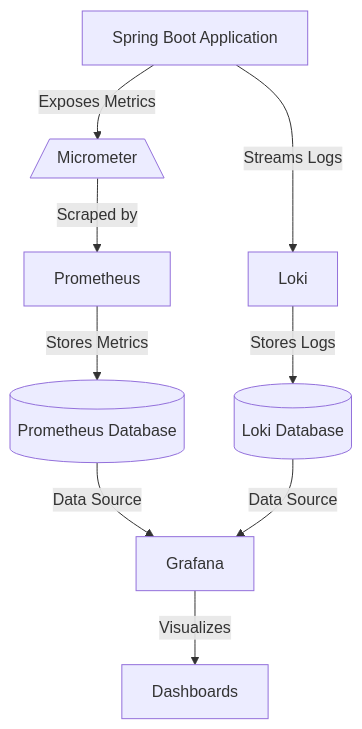
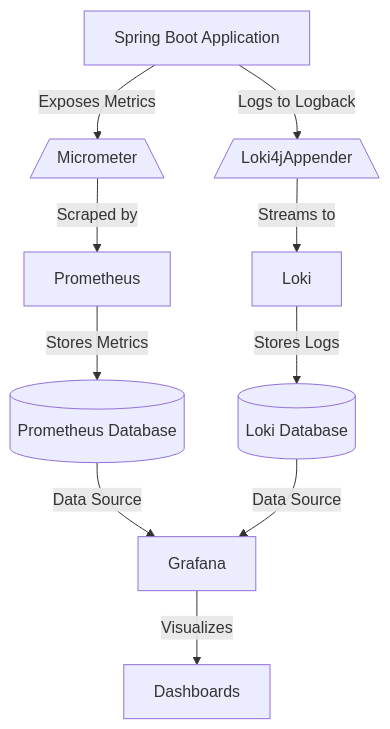
Before and after one commit to JamesMcMahon/spring-boot-demo-observability: the diagram in README.md, drawn with Mermaid.

Commit message:
Clarify logging in diagram

````diff
--- a/README.md
+++ b/README.md
@@ -59,11 +59,12 @@
 ```mermaid
 graph TD
     A[Spring Boot Application] -->|Exposes Metrics| B[/Micrometer\]
-    A -->|Streams Logs| C[Loki]
+    A -->|Logs to Logback| I[/Loki4jAppender\]
+    I -->|Streams to| C[Loki]
     B -->|Scraped by| D[Prometheus]
     D -->|Stores Metrics| G[(Prometheus Database)]
     C -->|Stores Logs| H[(Loki Database)]
     G -->|Data Source| E[Grafana]
     H -->|Data Source| E[Grafana]
     E -->|Visualizes| F[Dashboards]
 ```
````
